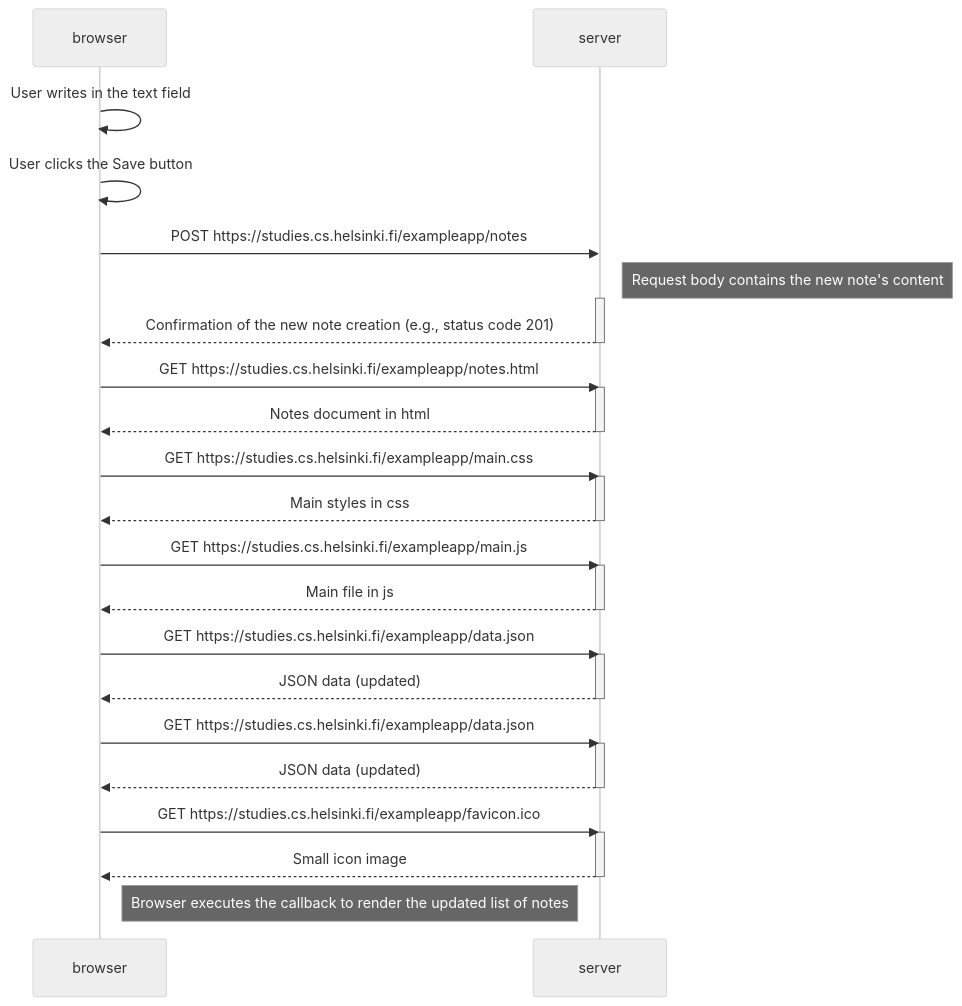
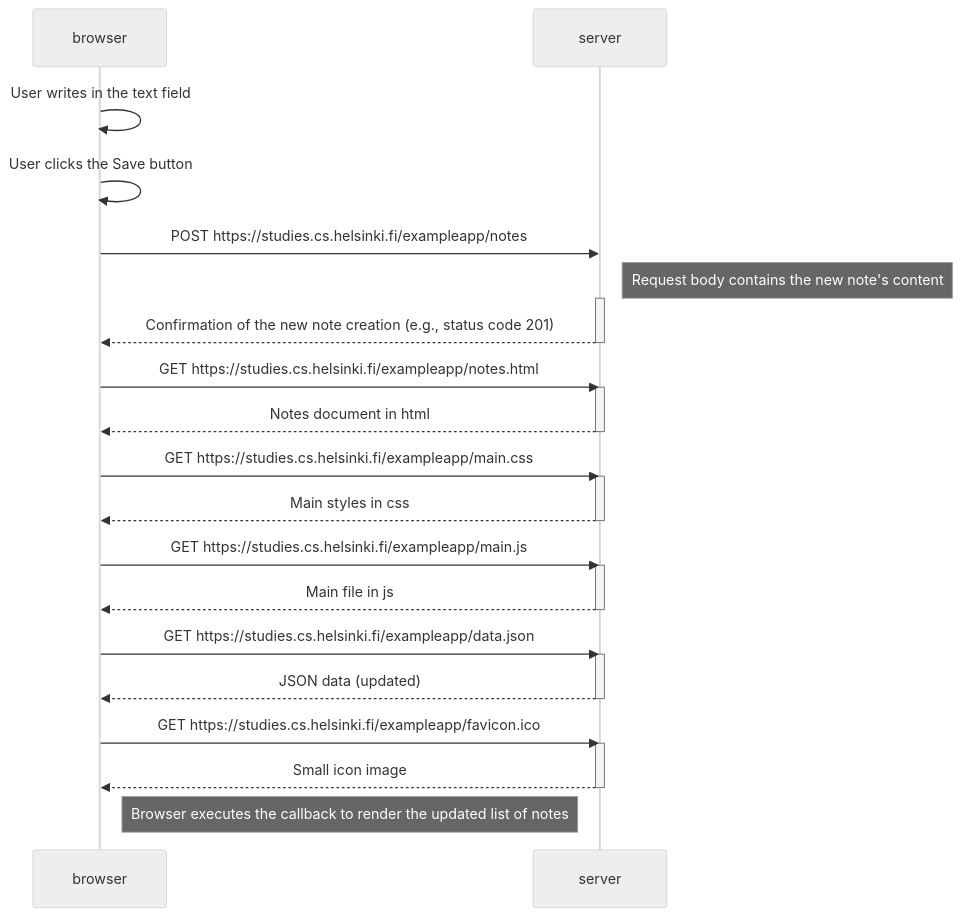
Before and after one commit to Juzoth/Test_Kurs: the diagram in PART_0/04NewNoteDiagram.mmd, drawn with Mermaid (neutral theme).

Commit message:
Poprawiono zad 4 z partu 1

```diff
--- a/PART_0/04NewNoteDiagram.mmd
+++ b/PART_0/04NewNoteDiagram.mmd
@@ -1,45 +1,40 @@
 sequenceDiagram
     participant browser
     participant server
 
     browser->>browser: User writes in the text field
     browser->>browser: User clicks the Save button
 
     browser->>server: POST https://studies.cs.helsinki.fi/exampleapp/notes
     Note right of server: Request body contains the new note's content
 
     activate server
     server-->>browser: Confirmation of the new note creation (e.g., status code 201)
     deactivate server
 
     browser->>server: GET https://studies.cs.helsinki.fi/exampleapp/notes.html
     activate server
     server-->>browser: Notes document in html
     deactivate server
 
     browser->>server: GET https://studies.cs.helsinki.fi/exampleapp/main.css
     activate server
     server-->>browser: Main styles in css
     deactivate server
 
     browser->>server: GET https://studies.cs.helsinki.fi/exampleapp/main.js
     activate server
     server-->>browser: Main file in js
     deactivate server
 
     browser->>server: GET https://studies.cs.helsinki.fi/exampleapp/data.json
     activate server
     server-->>browser: JSON data (updated)
     deactivate server
 
-    browser->>server: GET https://studies.cs.helsinki.fi/exampleapp/data.json
-    activate server
-    server-->>browser: JSON data (updated)
-    deactivate server
-
     browser->>server: GET https://studies.cs.helsinki.fi/exampleapp/favicon.ico
     activate server
     server-->>browser: Small icon image
     deactivate server
 
     Note right of browser: Browser executes the callback to render the updated list of notes
```
